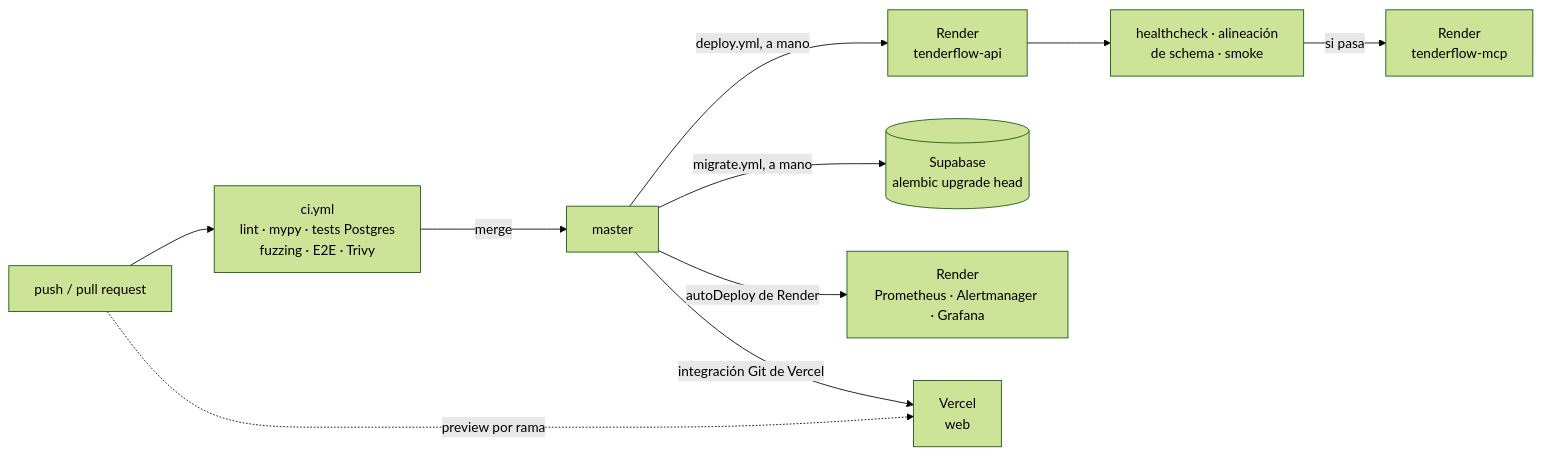
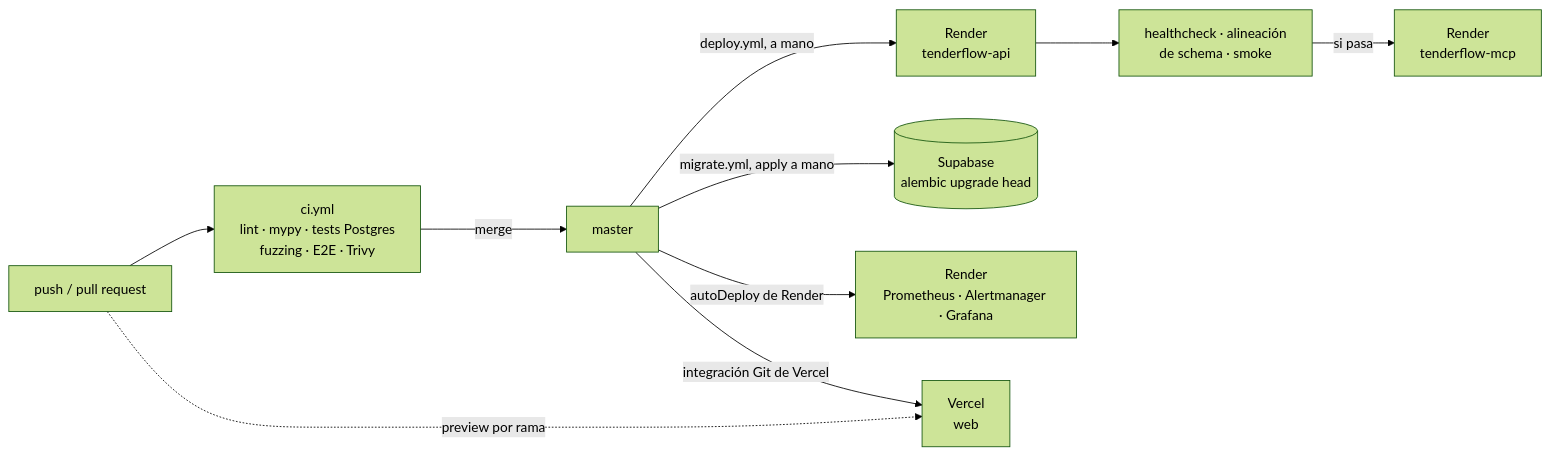
The third of 3 diagrams in README.md (Dkalds/TenderFlow), drawn with Mermaid (forest theme) before and after one commit. The commit also changed other lines of this file, not shown here.

````diff
--- a/README.md
+++ b/README.md
@@ -128,12 +256,12 @@
 ```mermaid
 graph LR
     Push["push / pull request"] --> CI["ci.yml<br/>lint · mypy · tests Postgres<br/>fuzzing · E2E · Trivy"]
     CI -->|"merge"| Master["master"]
     Master -->|"deploy.yml, a mano"| API["Render<br/>tenderflow-api"]
     API --> Verif["healthcheck · alineación<br/>de schema · smoke"]
     Verif -->|"si pasa"| MCP["Render<br/>tenderflow-mcp"]
-    Master -->|"migrate.yml, a mano"| DB[("Supabase<br/>alembic upgrade head")]
+    Master -->|"migrate.yml, apply a mano"| DB[("Supabase<br/>alembic upgrade head")]
     Master -->|"autoDeploy de Render"| Obs["Render<br/>Prometheus · Alertmanager · Grafana"]
     Master -->|"integración Git de Vercel"| Web["Vercel<br/>web"]
     Push -.->|"preview por rama"| Web
 ```
````
